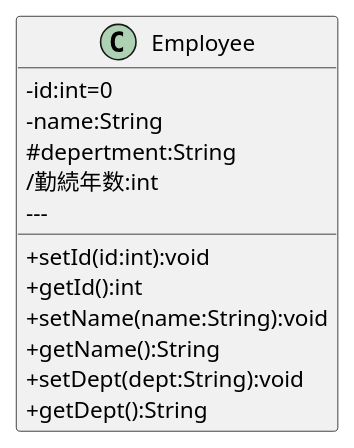
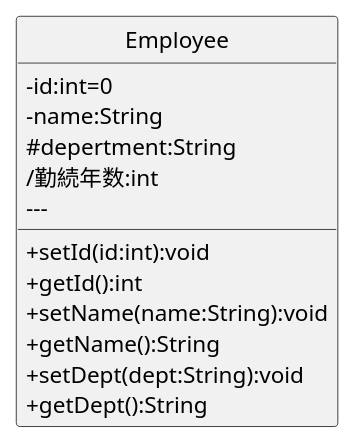
The diagram in 図3-1_クラスの種類.pu (HIKAKINsan/uml-introduction), drawn with PlantUML before and after one commit. The commit also changed 1 other file, not shown here.

Commit message:
図3-2の作成

```diff
--- a/図3-1_クラスの種類.pu
+++ b/図3-1_クラスの種類.pu
@@ -1,33 +1,34 @@
 @startuml
 skinparam classAttributeIconSize 0
 ' class A <<stereotype>>{} 
 ' class B {
 ' - 属性１:int
 ' - 属性２:String
 ' }
 ' class C {
 ' ---
 ' + 操作１():void
 ' + 操作２():String
 ' }
 ' class D {
 ' - 属性１:int
 ' - 属性２:String
 ' ---
 ' + 操作１():void
 ' + 操作２():String
 ' }
 class Employee{
 - id:int=0
 - name:String
 #depertment:String
 /勤続年数:int
     ---
 +setId(id:int):void
 +getId():int
 +setName(name:String):void
 +getName():String
 +setDept(dept:String):void
 +getDept():String
 }
+hide Employee circle
 @enduml
```
